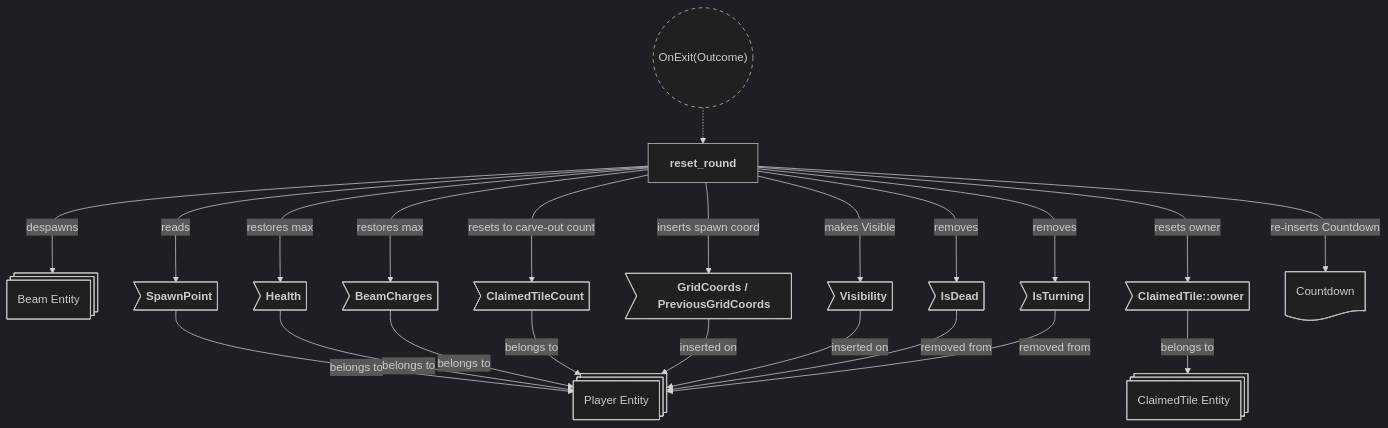
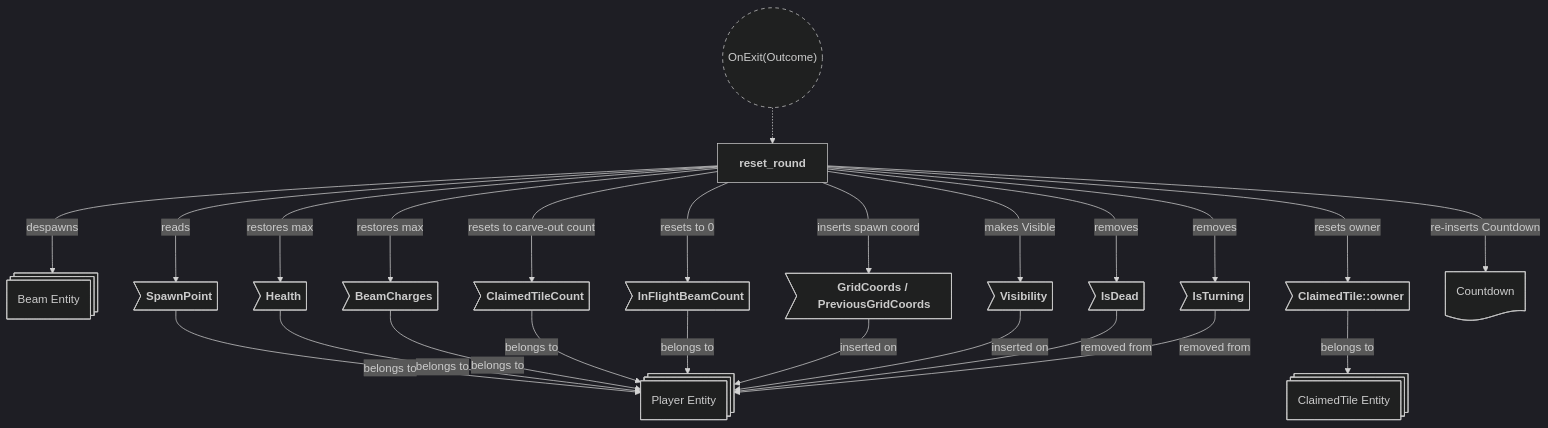
The ninth of 9 diagrams in backlog/docs/doc-15 - 013-Round-plugin.md (neurosoup/tyled), drawn with Mermaid before and after one commit. The commit also changed other lines of this file and 5 other files, not shown here.

First line of the commit message:
Sync HUD, Beam, Claim, Charge, Round, and Maps docs to the charges-bar/round-exhaustion fix

````diff
--- a/backlog/docs/doc-15 - 013-Round-plugin.md
+++ b/backlog/docs/doc-15 - 013-Round-plugin.md
@@ -402,42 +404,44 @@
 ```mermaid
 ---
 config:
   theme: dark
 ---
 
 flowchart TD
 classDef system-group stroke-dasharray: 5 5
 
 state_transition(("`OnExit(Outcome)`")):::system-group
 reset_round["`**reset_round**`"]
 
 state_transition -.-> reset_round
 
 player_entity@{ shape: st-rect, label: "Player Entity" }
 tile_entity@{ shape: st-rect, label: "ClaimedTile Entity" }
 beam_entity@{ shape: st-rect, label: "Beam Entity" }
 
 pe_spawn>"`**SpawnPoint**`"] --> |belongs to| player_entity
 pe_health>"`**Health**`"] --> |belongs to| player_entity
 pe_charges>"`**BeamCharges**`"] --> |belongs to| player_entity
 pe_count>"`**ClaimedTileCount**`"] --> |belongs to| player_entity
+pe_in_flight>"`**InFlightBeamCount**`"] --> |belongs to| player_entity
 pe_coords>"`**GridCoords / PreviousGridCoords**`"] --> |inserted on| player_entity
 pe_vis>"`**Visibility**`"] --> |inserted on| player_entity
 pe_dead>"`**IsDead**`"] --> |removed from| player_entity
 pe_turning>"`**IsTurning**`"] --> |removed from| player_entity
 te_owner>"`**ClaimedTile::owner**`"] --> |belongs to| tile_entity
 
 reset_round ---> |reads| pe_spawn
 reset_round ---> |restores max| pe_health
 reset_round ---> |restores max| pe_charges
 reset_round ---> |resets to carve-out count| pe_count
+reset_round ---> |resets to 0| pe_in_flight
 reset_round ---> |inserts spawn coord| pe_coords
 reset_round ---> |makes Visible| pe_vis
 reset_round ---> |removes| pe_dead
 reset_round ---> |removes| pe_turning
 reset_round ---> |resets owner| te_owner
 reset_round ---> |despawns| beam_entity
 reset_round ---> |re-inserts Countdown| world_res
 
 world_res@{ shape: doc, label: "Countdown" }
 ```
````
